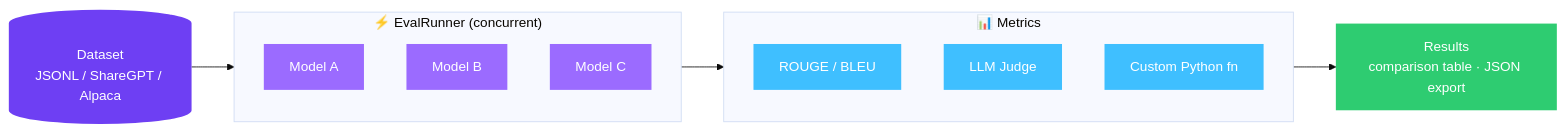
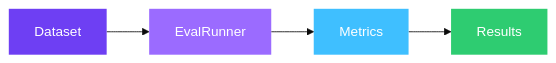
The diagram in README.md (aevyraai/verdict), drawn with Mermaid (base theme) before and after one commit. The commit also changed 1 other file, not shown here.

Commit message:
docs: update positioning to benchmarking framing

````diff
--- a/README.md
+++ b/README.md
@@ -91,29 +91,14 @@
 ```mermaid
 flowchart LR
-    DS[(Dataset\nJSONL / ShareGPT / Alpaca)]:::data
+    DS[Dataset]:::data
+    R[EvalRunner]:::model
+    M[Metrics]:::metric
+    OUT[Results]:::output
 
-    subgraph runner["⚡ EvalRunner (concurrent)"]
-        direction TB
-        MA["Model A"]:::model
-        MB["Model B"]:::model
-        MC["Model C"]:::model
-    end
-
-    subgraph metrics["📊 Metrics"]
-        direction TB
-        R["ROUGE / BLEU"]:::metric
-        J["LLM Judge"]:::metric
-        C["Custom Python fn"]:::metric
-    end
-
-    OUT["Results\ncomparison table · JSON export"]:::output
-
-    DS --> runner
-    runner --> metrics
-    metrics --> OUT
+    DS --> R --> M --> OUT
 
     classDef data    fill:#6E3FF3,color:#fff,stroke:none
     classDef model   fill:#9B6BFF,color:#fff,stroke:none
     classDef metric  fill:#3FBFFF,color:#fff,stroke:none
     classDef output  fill:#2ECC71,color:#fff,stroke:none
 ```
````
